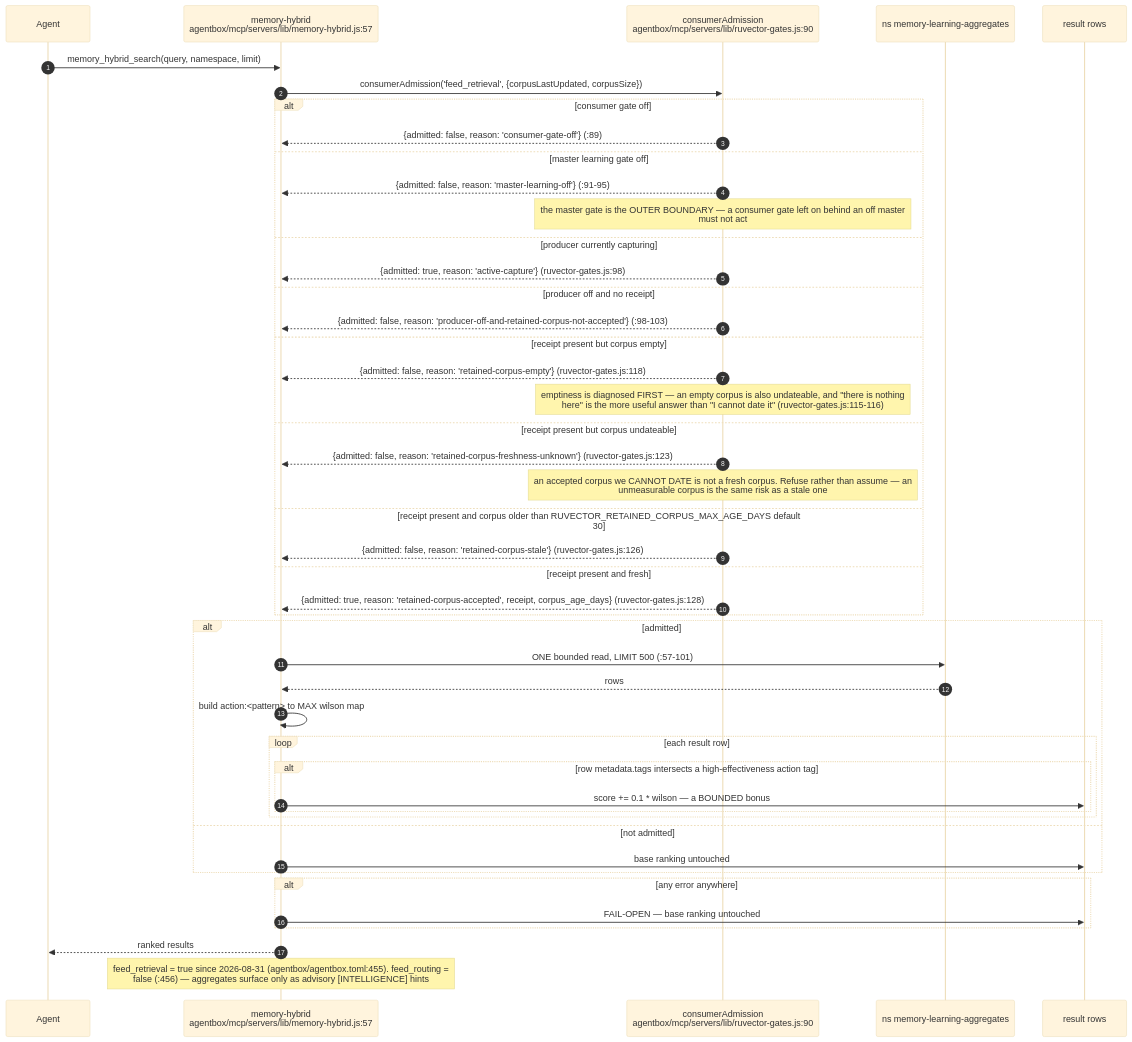
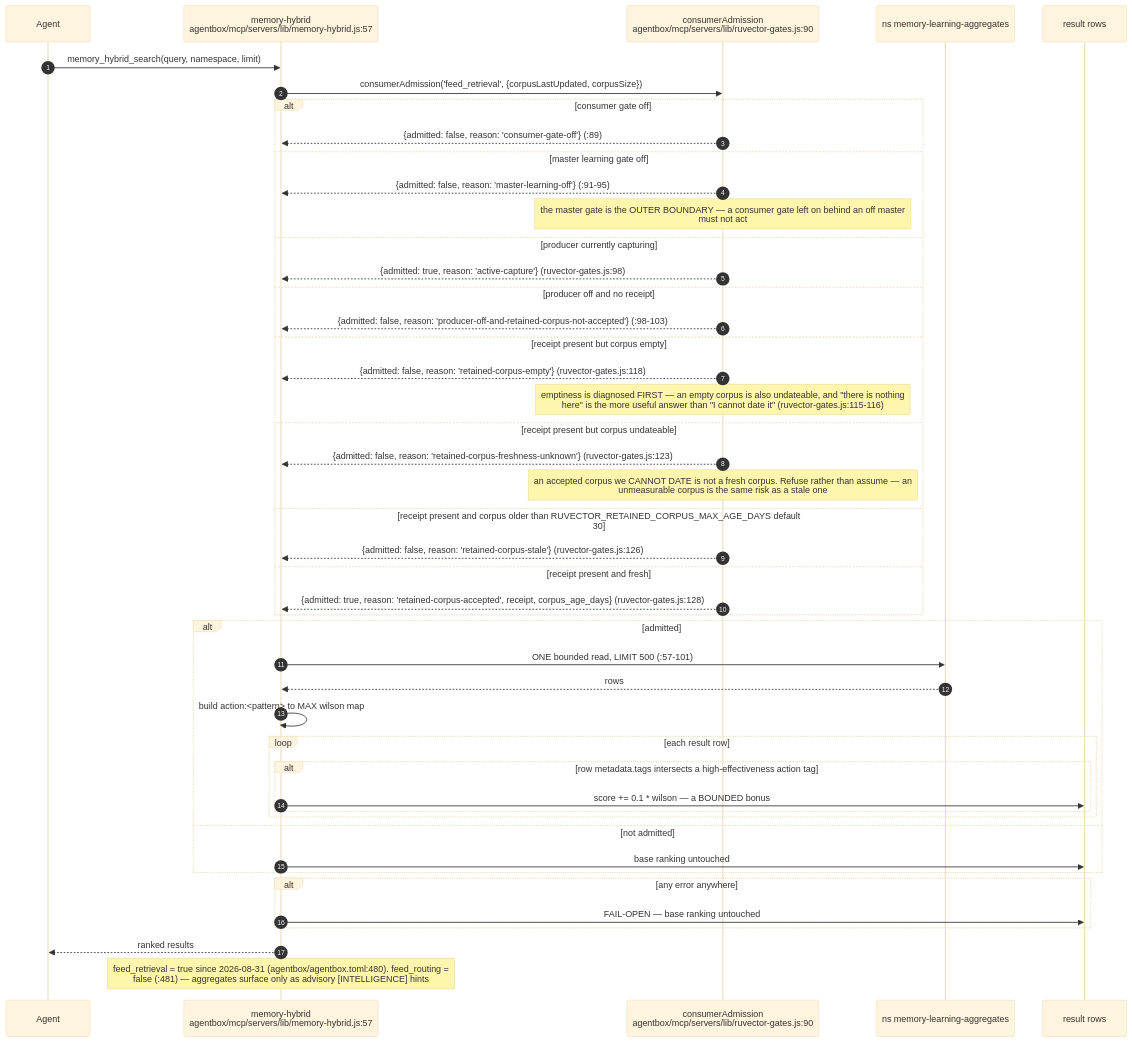
One commit to DreamLab-AI/VisionFlow changed the sixth of 10 diagrams in docs/diagrams/agentbox/21-learning-loop.md. Above: the diagram before and after it, drawn with Mermaid (base theme). The commit also changed other lines of this file and 80 other files, not shown here.

First line of the commit message:
docs(diagrams): re-verify the agentbox, dreamlab, estate and visionflow corpus against current sources

````diff
--- a/docs/diagrams/agentbox/21-learning-loop.md
+++ b/docs/diagrams/agentbox/21-learning-loop.md
@@ -245,49 +245,49 @@
 ```mermaid
 sequenceDiagram
     autonumber
     participant AG as Agent
     participant HY as memory-hybrid<br/>agentbox/mcp/servers/lib/memory-hybrid.js:57
     participant ADM as consumerAdmission<br/>agentbox/mcp/servers/lib/ruvector-gates.js:90
     participant AGG as ns memory-learning-aggregates
     participant RES as result rows
 
     AG->>HY: memory_hybrid_search(query, namespace, limit)
     HY->>ADM: consumerAdmission('feed_retrieval', {corpusLastUpdated, corpusSize})
     alt consumer gate off
         ADM-->>HY: {admitted: false, reason: 'consumer-gate-off'} (:89)
     else master learning gate off
         ADM-->>HY: {admitted: false, reason: 'master-learning-off'} (:91-95)
         Note over ADM: the master gate is the OUTER BOUNDARY — a consumer gate left on behind an off master<br/>must not act
     else producer currently capturing
         ADM-->>HY: {admitted: true, reason: 'active-capture'} (ruvector-gates.js:98)
     else producer off and no receipt
         ADM-->>HY: {admitted: false, reason: 'producer-off-and-retained-corpus-not-accepted'} (:98-103)
     else receipt present but corpus empty
         ADM-->>HY: {admitted: false, reason: 'retained-corpus-empty'} (ruvector-gates.js:118)
         Note over ADM: emptiness is diagnosed FIRST — an empty corpus is also undateable, and "there is nothing<br/>here" is the more useful answer than "I cannot date it" (ruvector-gates.js:115-116)
     else receipt present but corpus undateable
         ADM-->>HY: {admitted: false, reason: 'retained-corpus-freshness-unknown'} (ruvector-gates.js:123)
         Note over ADM: an accepted corpus we CANNOT DATE is not a fresh corpus. Refuse rather than assume — an<br/>unmeasurable corpus is the same risk as a stale one
     else receipt present and corpus older than RUVECTOR_RETAINED_CORPUS_MAX_AGE_DAYS default 30
         ADM-->>HY: {admitted: false, reason: 'retained-corpus-stale'} (ruvector-gates.js:126)
     else receipt present and fresh
         ADM-->>HY: {admitted: true, reason: 'retained-corpus-accepted', receipt, corpus_age_days} (ruvector-gates.js:128)
     end
     alt admitted
         HY->>AGG: ONE bounded read, LIMIT 500 (:57-101)
         AGG-->>HY: rows
         HY->>HY: build action:<pattern> to MAX wilson map
         loop each result row
             alt row metadata.tags intersects a high-effectiveness action tag
                 HY->>RES: score += 0.1 * wilson — a BOUNDED bonus
             end
         end
     else not admitted
         HY->>RES: base ranking untouched
     end
     alt any error anywhere
         HY->>RES: FAIL-OPEN — base ranking untouched
     end
     HY-->>AG: ranked results
-    Note over HY: feed_retrieval = true since 2026-08-31 (agentbox/agentbox.toml:455). feed_routing =<br/>false (:456) — aggregates surface only as advisory [INTELLIGENCE] hints
+    Note over HY: feed_retrieval = true since 2026-08-31 (agentbox/agentbox.toml:480). feed_routing =<br/>false (:481) — aggregates surface only as advisory [INTELLIGENCE] hints
 ```
````
